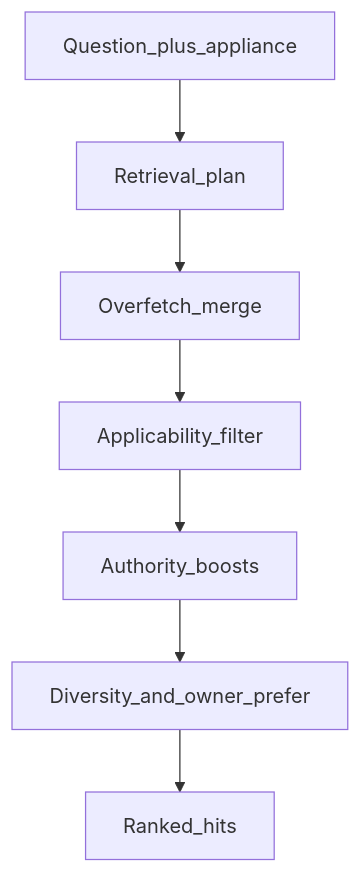
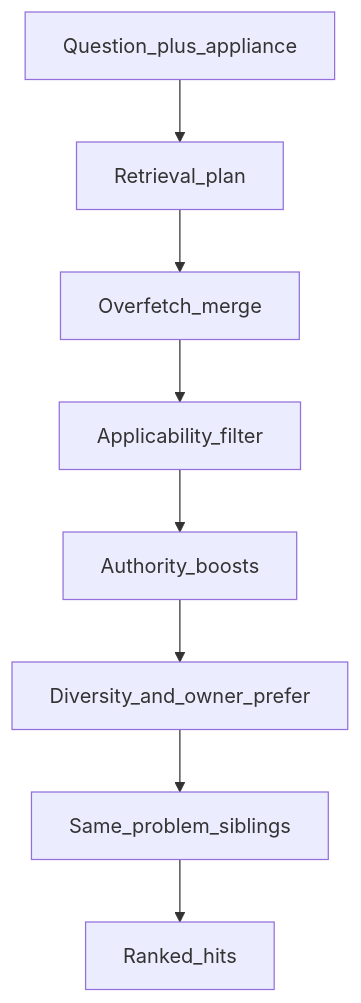
Before and after one commit to raghuram-chittibomma/ai-repair-assistant: the first of 3 diagrams in docs/architecture/04-retrieval.md, drawn with Mermaid. The commit also changed other lines of this file and 75 other files, not shown here.

````diff
--- a/docs/architecture/04-retrieval.md
+++ b/docs/architecture/04-retrieval.md
@@ -8,17 +8,19 @@
 ```mermaid
 flowchart TD
   q[Question_plus_appliance]
   plan[Retrieval_plan]
   fetch[Overfetch_merge]
   apply[Applicability_filter]
   boost[Authority_boosts]
   diversify[Diversity_and_owner_prefer]
+  siblings[Same_problem_siblings]
   out[Ranked_hits]
 
   q --> plan
   plan --> fetch
   fetch --> apply
   apply --> boost
   boost --> diversify
-  diversify --> out
+  diversify --> siblings
+  siblings --> out
 ```
````
